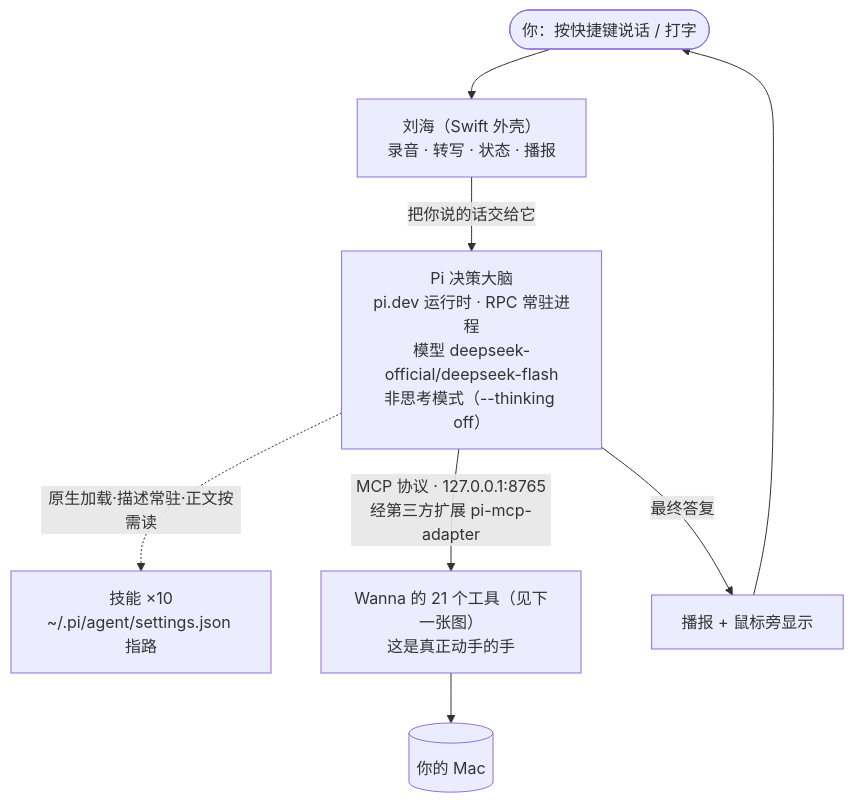
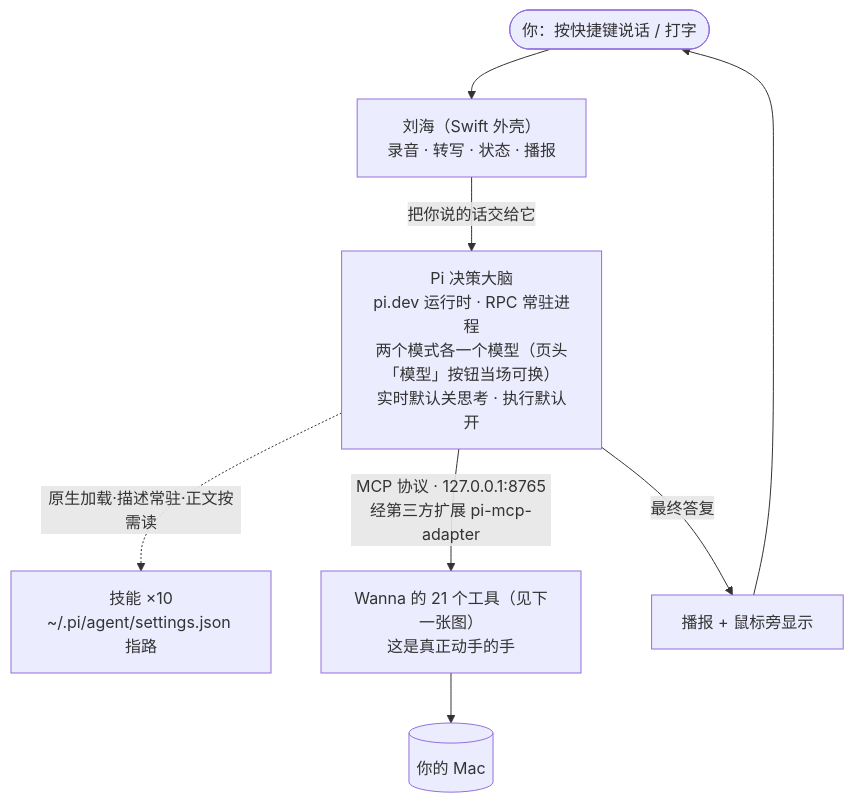
The first of 2 diagrams in 全局框架/00-项目全貌.md (nash-aigc/wanna), drawn with Mermaid before and after one commit. The commit also changed other lines of this file and 16 other files, not shown here.

First line of the commit message:
删「文本」模式（降级成图文页的「屏幕」开关）+ 页头「模型」按钮与思考开关

````diff
--- a/全局框架/00-项目全貌.md
+++ b/全局框架/00-项目全貌.md
@@ -13,12 +13,12 @@
 ```mermaid
 flowchart TB
     U([你：按快捷键说话 / 打字]) --> N["刘海（Swift 外壳）<br/>录音 · 转写 · 状态 · 播报"]
-    N -->|把你说的话交给它| P["Pi 决策大脑<br/>pi.dev 运行时 · RPC 常驻进程<br/>模型 deepseek-official/deepseek-flash<br/>非思考模式（--thinking off）"]
+    N -->|把你说的话交给它| P["Pi 决策大脑<br/>pi.dev 运行时 · RPC 常驻进程<br/>两个模式各一个模型（页头「模型」按钮当场可换）<br/>实时默认关思考 · 执行默认开"]
 
     P -.->|原生加载·描述常驻·正文按需读| C1["技能 ×10<br/>~/.pi/agent/settings.json 指路"]
 
     P -->|MCP 协议 · 127.0.0.1:8765<br/>经第三方扩展 pi-mcp-adapter| H["Wanna 的 21 个工具（见下一张图）<br/>这是真正动手的手"]
     H --> MAC[(你的 Mac)]
     P -->|最终答复| R["播报 + 鼠标旁显示"]
     R --> U
 ```
````
